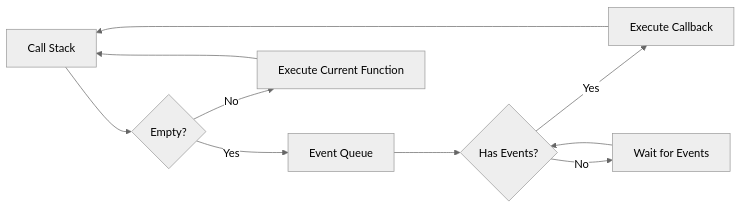
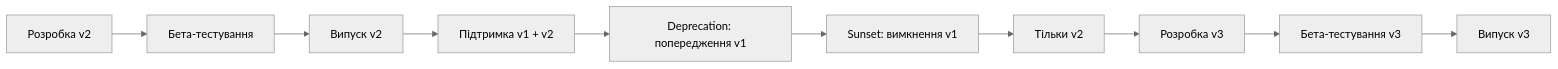
Before and after one commit to olroi421/course-web: the seventh of 7 diagrams in lectures/lecture-03.md, drawn with Mermaid (neutral theme). The commit also changed other lines of this file and 10 other files, not shown here.

````diff
--- a/lectures/lecture-03.md
+++ b/lectures/lecture-03.md
@@ -41,12 +1694,13 @@
 ```mermaid
 graph LR
-    A[Call Stack] --> B{Empty?}
-    B -->|Yes| C[Event Queue]
-    C --> D{Has Events?}
-    D -->|Yes| E[Execute Callback]
-    E --> A
-    D -->|No| F[Wait for Events]
-    F --> D
-    B -->|No| G[Execute Current Function]
-    G --> A
+    A[Розробка v2] --> B[Бета-тестування]
+    B --> C[Випуск v2]
+    C --> D[Підтримка v1 + v2]
+    D --> E[Deprecation: попередження v1]
+    E --> F[Sunset: вимкнення v1]
+    F --> G[Тільки v2]
+
+    G --> H[Розробка v3]
+    H --> I[Бета-тестування v3]
+    I --> J[Випуск v3]
 ```
````
